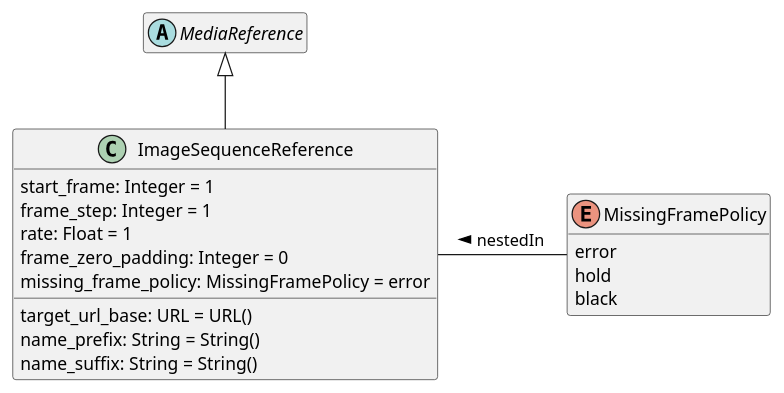
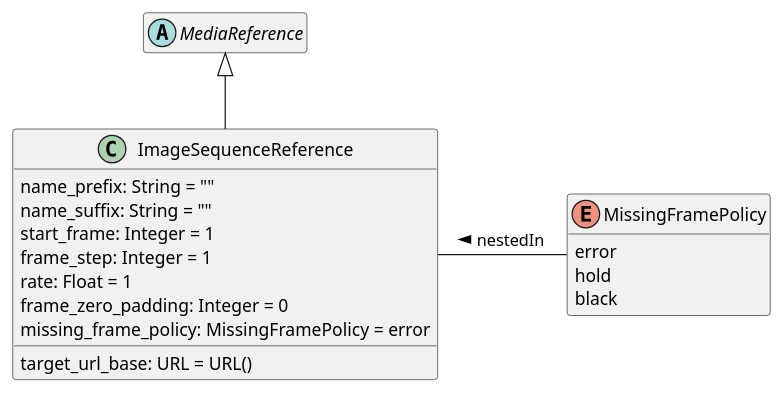
Before and after one commit to sandflow/otio-core-specification: diagram 22 of 32 in src/main/md/otio-core.md, drawn with PlantUML. The commit also changed other lines of this file, not shown here.

````diff
--- a/src/main/md/otio-core.md
+++ b/src/main/md/otio-core.md
@@ -1395,30 +1393,30 @@
 ```puml
 @startuml
 hide empty members
 skinparam classAttributeIconSize 0
 
 abstract class MediaReference
 
 MediaReference <|-- ImageSequenceReference
 
 class ImageSequenceReference {
   target_url_base: URL = URL()
-  name_prefix: String = String()
-  name_suffix: String = String()
+  name_prefix: String = ""
+  name_suffix: String = ""
   start_frame: Integer = 1
   frame_step: Integer = 1
   rate: Float = 1
   frame_zero_padding: Integer = 0
   missing_frame_policy: MissingFramePolicy = error
 }
 
 enum MissingFramePolicy {
     error
     hold
     black
 }
 
 MissingFramePolicy -left- ImageSequenceReference : nestedIn >
 
 @enduml
 ```
````
